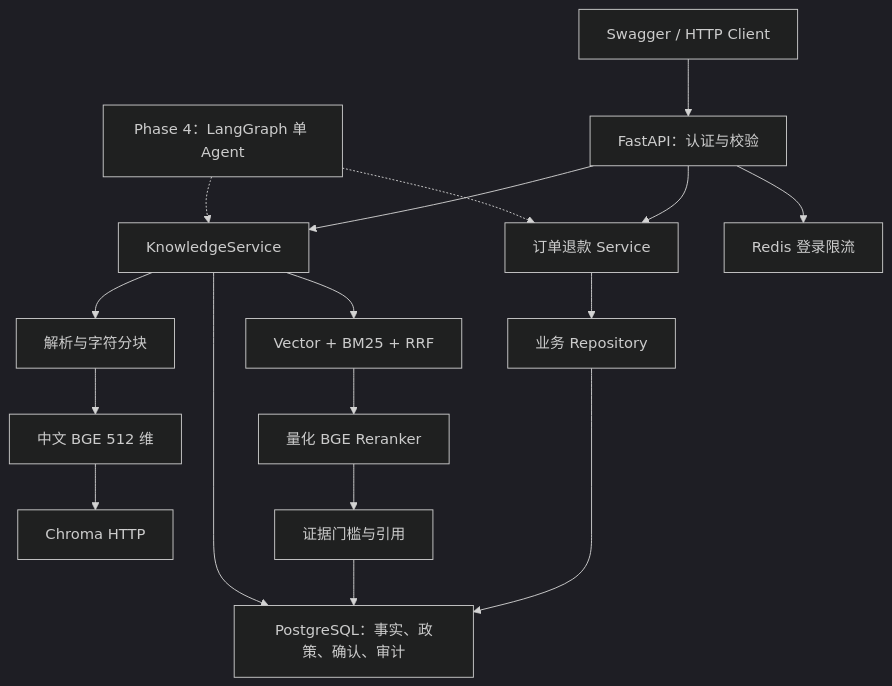
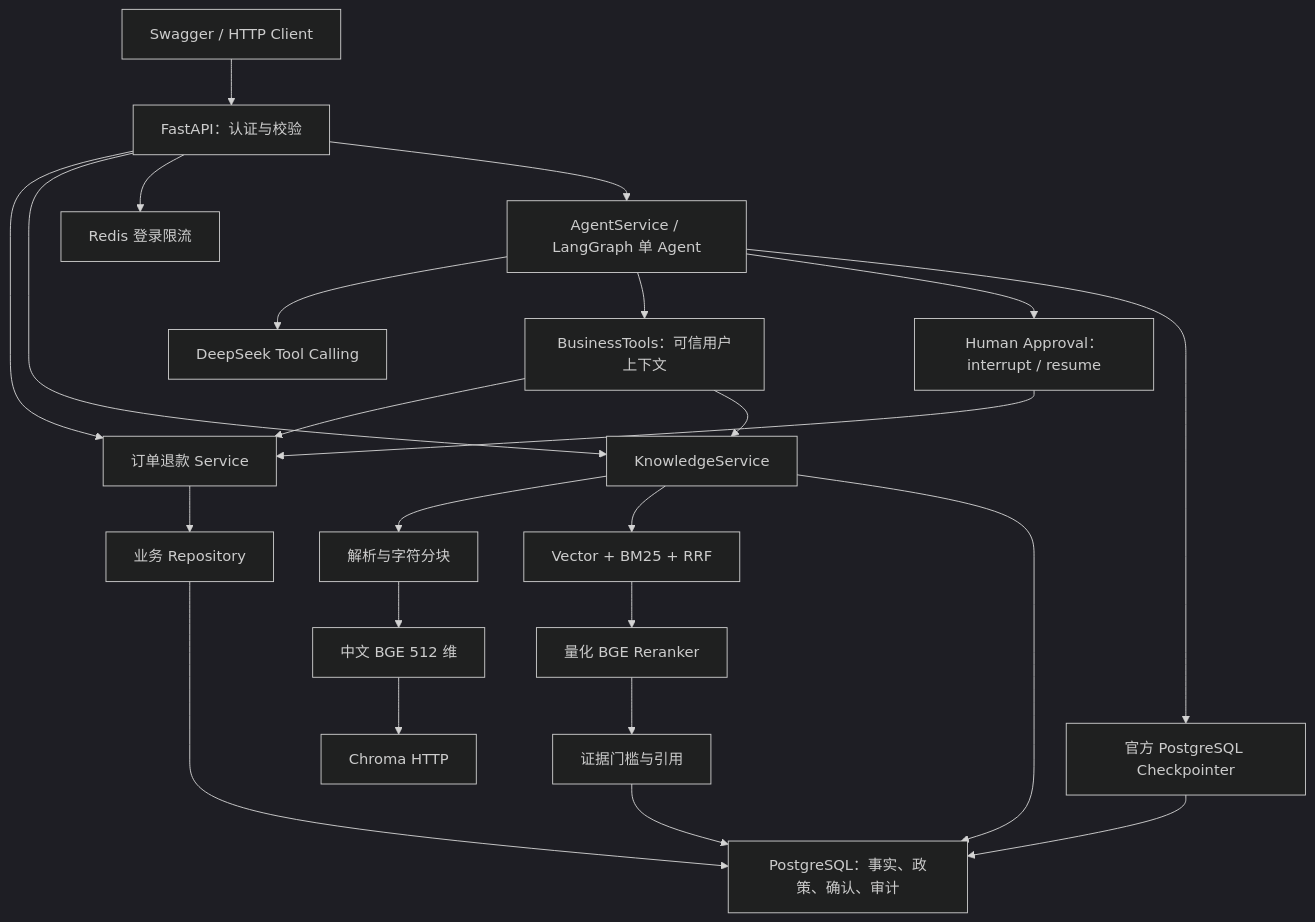
The diagram in README.md (zjhwwwl/EnterpriseAgent), drawn with Mermaid (dark theme) before and after one commit. The commit also changed other lines of this file and 49 other files, not shown here.

Commit message:
feat: implement Phase 4 LangGraph agent and human approval

````diff
--- a/README.md
+++ b/README.md
@@ -24,21 +26,27 @@
 ```mermaid
 flowchart TD
     CLIENT["Swagger / HTTP Client"] --> API["FastAPI：认证与校验"]
     API --> BIZ["订单退款 Service"]
     BIZ --> REPO["业务 Repository"]
     REPO --> PG["PostgreSQL：事实、政策、确认、审计"]
 
     API --> KB["KnowledgeService"]
     KB --> PARSE["解析与字符分块"]
     PARSE --> EMBED["中文 BGE 512 维"]
     EMBED --> CHROMA["Chroma HTTP"]
     KB --> HYBRID["Vector + BM25 + RRF"]
     HYBRID --> RERANK["量化 BGE Reranker"]
     RERANK --> EVIDENCE["证据门槛与引用"]
     EVIDENCE --> PG
     KB --> PG
     API --> REDIS["Redis 登录限流"]
-
-    FUTURE["Phase 4：LangGraph 单 Agent"] -.-> BIZ
-    FUTURE -.-> KB
+    API --> AGENT["AgentService / LangGraph 单 Agent"]
+    AGENT --> LLM["DeepSeek Tool Calling"]
+    AGENT --> TOOLS["BusinessTools：可信用户上下文"]
+    TOOLS --> BIZ
+    TOOLS --> KB
+    AGENT --> APPROVAL["Human Approval：interrupt / resume"]
+    APPROVAL --> BIZ
+    AGENT --> CHECKPOINT["官方 PostgreSQL Checkpointer"]
+    CHECKPOINT --> PG
 ```
````
